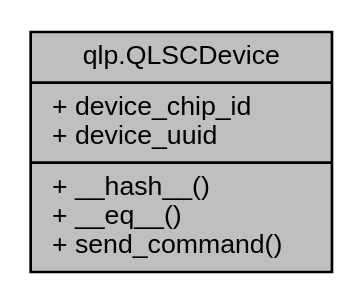
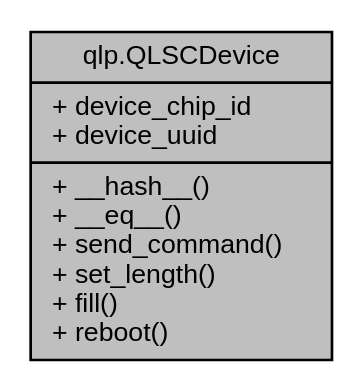
Before and after one commit to Quantum-0/qlsc: the diagram in classqlp_1_1QLSCDevice__coll__graph.dot, drawn with Graphviz. The commit also changed 125 other files, not shown here.

```diff
--- a/classqlp_1_1QLSCDevice__coll__graph.dot
+++ b/classqlp_1_1QLSCDevice__coll__graph.dot
@@ -1,7 +1,7 @@
 digraph "qlp.QLSCDevice"
 {
  // LATEX_PDF_SIZE
   edge [fontname="Helvetica",fontsize="10",labelfontname="Helvetica",labelfontsize="10"];
   node [fontname="Helvetica",fontsize="10",shape=record];
-  Node1 [label="{qlp.QLSCDevice\n|+ device_chip_id\l+ device_uuid\l|+ __hash__()\l+ __eq__()\l+ send_command()\l}",height=0.2,width=0.4,color="black", fillcolor="grey75", style="filled", fontcolor="black",tooltip=" "];
+  Node1 [label="{qlp.QLSCDevice\n|+ device_chip_id\l+ device_uuid\l|+ __hash__()\l+ __eq__()\l+ send_command()\l+ set_length()\l+ fill()\l+ reboot()\l}",height=0.2,width=0.4,color="black", fillcolor="grey75", style="filled", fontcolor="black",tooltip=" "];
 }
```
